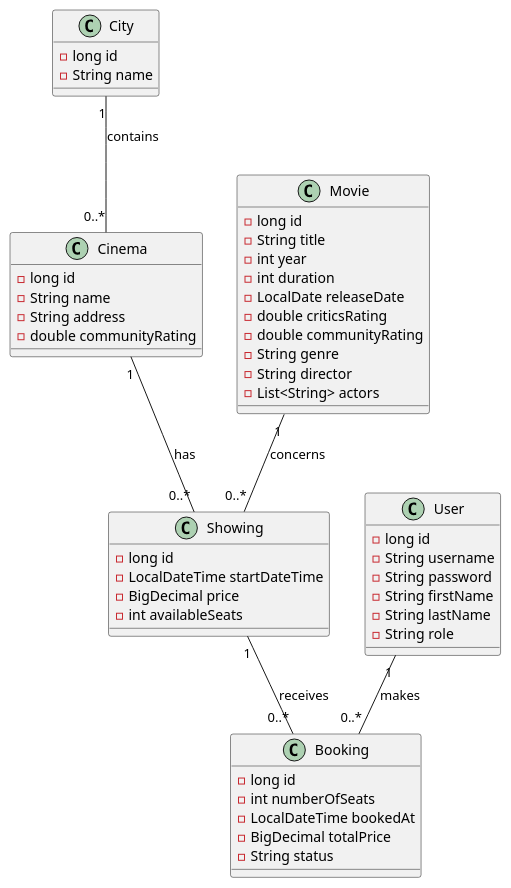
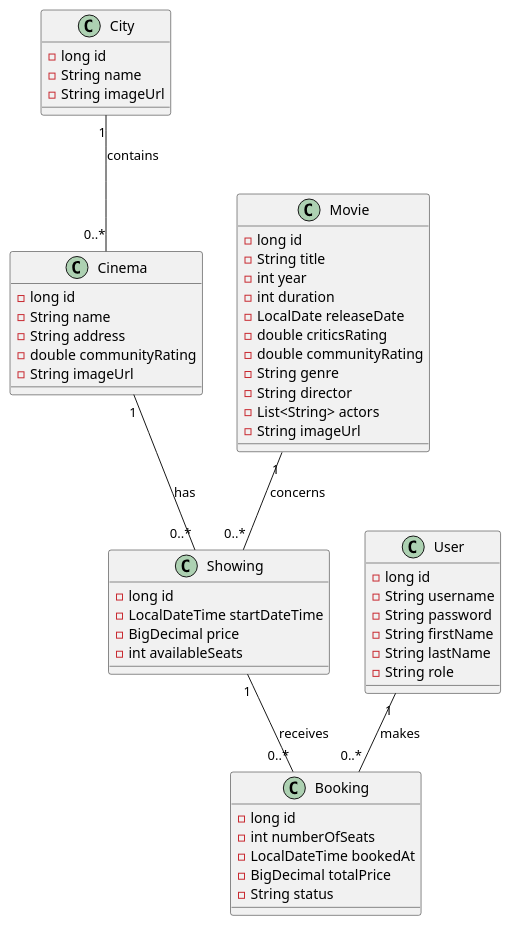
Before and after one commit to remicampistron512/distopia: the diagram in docs/classes.puml, drawn with PlantUML. The commit also changed 3 other files, not shown here.

Commit message:
Ajout d'un champ imageUrl dans l'uml et les classes

```diff
--- a/docs/classes.puml
+++ b/docs/classes.puml
@@ -1,58 +1,61 @@
 @startuml
 
 City "1" -- "0..*" Cinema : contains
 Cinema "1" -- "0..*" Showing : has
 Movie "1" -- "0..*" Showing : concerns
 User "1" -- "0..*" Booking : makes
 Showing "1" -- "0..*" Booking : receives
 
 class City {
   - long id
   - String name
+  - String imageUrl
 }
 
 class Cinema {
   - long id
   - String name
   - String address
   - double communityRating
+  - String imageUrl
 }
 
 class Movie {
   - long id
   - String title
   - int year
   - int duration
   - LocalDate releaseDate
   - double criticsRating
   - double communityRating
   - String genre
   - String director
   - List<String> actors
+  - String imageUrl
 }
 
 class Showing {
   - long id
   - LocalDateTime startDateTime
   - BigDecimal price
   - int availableSeats
 }
 
 class Booking {
   - long id
   - int numberOfSeats
   - LocalDateTime bookedAt
   - BigDecimal totalPrice
   - String status
 }
 
 class User {
   - long id
   - String username
   - String password
   - String firstName
   - String lastName
   - String role
 }
 
 @enduml
```
